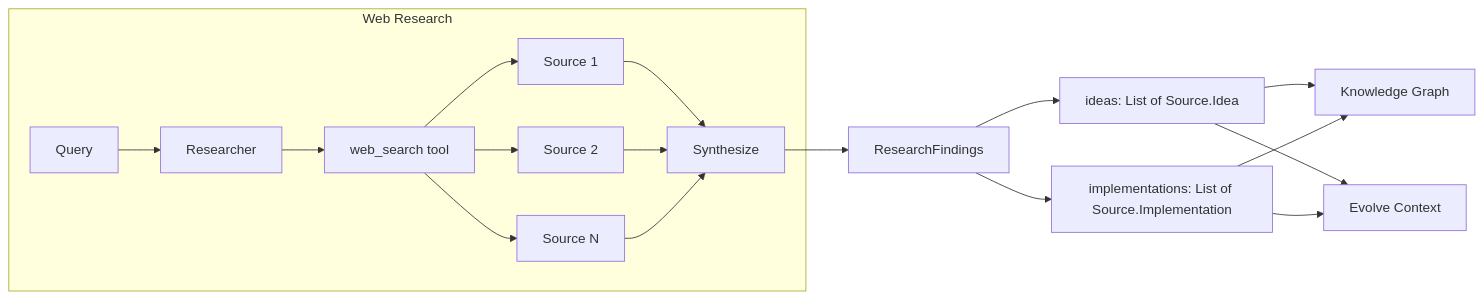
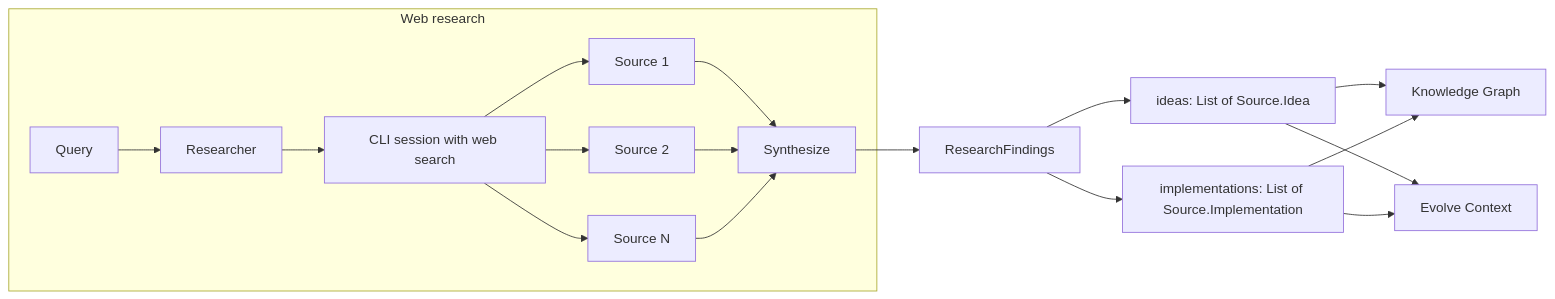
Before and after one commit to Leeroo-AI/kapso: the diagram in docs/research/overview.mdx, drawn with Mermaid. The commit also changed other lines of this file and 21 other files, not shown here.

````diff
--- a/docs/research/overview.mdx
+++ b/docs/research/overview.mdx
@@ -19,18 +12,18 @@
 ```mermaid
 flowchart LR
-    subgraph Research["Web Research"]
+    subgraph Research["Web research"]
         Q[Query] --> R[Researcher]
-        R --> WS[web_search tool]
+        R --> WS[CLI session with web search]
         WS --> S1[Source 1]
         WS --> S2[Source 2]
         WS --> S3[Source N]
         S1 & S2 & S3 --> SYN[Synthesize]
     end
     
     SYN --> RF[ResearchFindings]
     RF --> I[ideas: List of Source.Idea]
     RF --> IM[implementations: List of Source.Implementation]
     
     I & IM --> KG[Knowledge Graph]
     I & IM --> CTX[Evolve Context]
 ```
````
